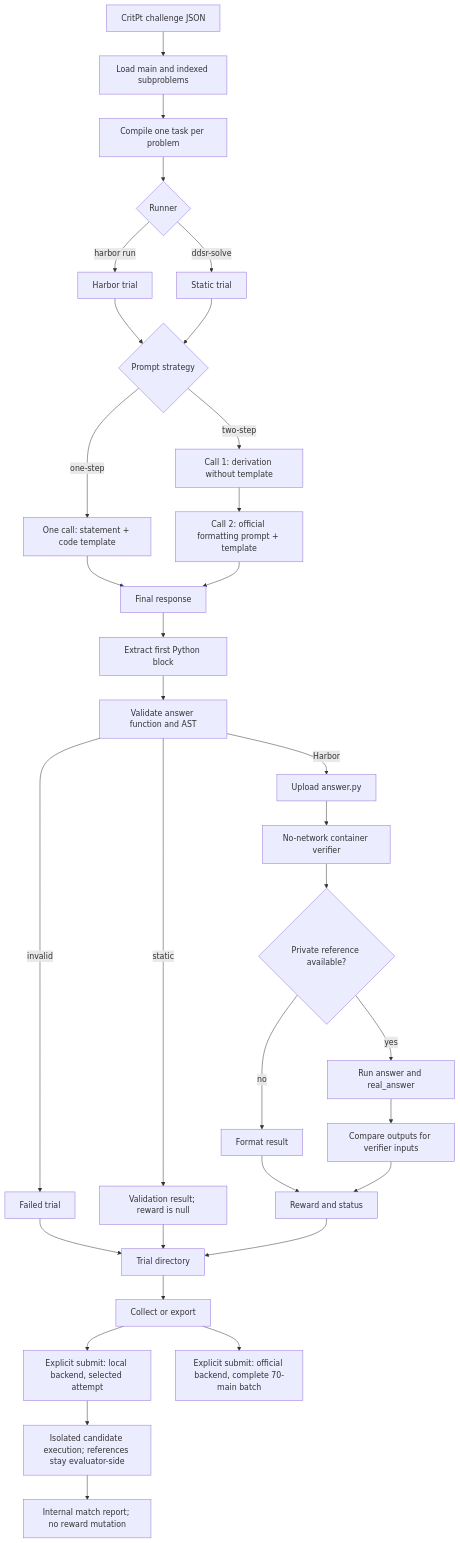
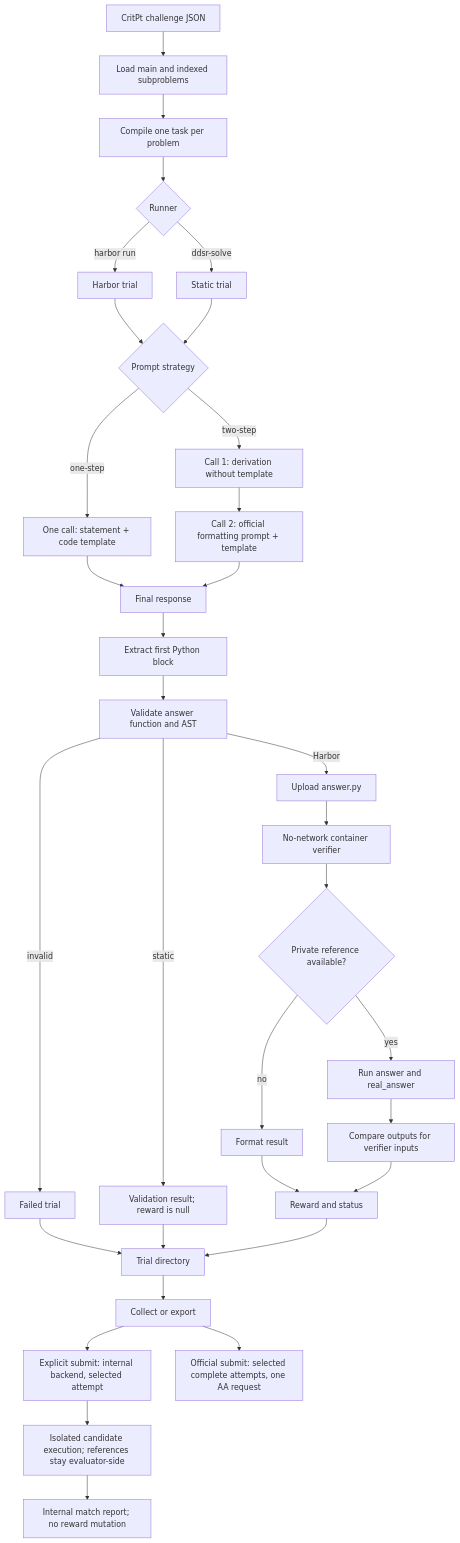
One commit to CATL-21CLab-SCIAGI/ddsr-bench changed the diagram in ddsr_bench/benchmarks/critpt/PIPELINE.md. Above: the diagram before and after it, drawn with Mermaid. The commit also changed other lines of this file and 19 other files, not shown here.

Commit message:
Align CritPt submission backends and combine official attempts

````diff
--- a/ddsr_bench/benchmarks/critpt/PIPELINE.md
+++ b/ddsr_bench/benchmarks/critpt/PIPELINE.md
@@ -7,35 +7,35 @@
 ```mermaid
 flowchart TD
     A["CritPt challenge JSON"] --> B["Load main and indexed subproblems"]
     B --> C["Compile one task per problem"]
     C --> D{"Runner"}
     D -->|"harbor run"| E["Harbor trial"]
     D -->|"ddsr-solve"| F["Static trial"]
     E --> G{"Prompt strategy"}
     F --> G
     G -->|"one-step"| H["One call: statement + code template"]
     G -->|"two-step"| I["Call 1: derivation without template"]
     I --> J["Call 2: official formatting prompt + template"]
     H --> K["Final response"]
     J --> K
     K --> L["Extract first Python block"]
     L --> M["Validate answer function and AST"]
     M -->|"invalid"| N["Failed trial"]
     M -->|"static"| O["Validation result; reward is null"]
     M -->|"Harbor"| P["Upload answer.py"]
     P --> Q["No-network container verifier"]
     Q --> R{"Private reference available?"}
     R -->|"no"| S["Format result"]
     R -->|"yes"| T["Run answer and real_answer"]
     T --> U["Compare outputs for verifier inputs"]
     S --> V["Reward and status"]
     U --> V
     N --> W["Trial directory"]
     O --> W
     V --> W
     W --> X["Collect or export"]
-    X --> Z["Explicit submit: local backend, selected attempt"]
+    X --> Z["Explicit submit: internal backend, selected attempt"]
     Z --> AA["Isolated candidate execution; references stay evaluator-side"]
     AA --> AB["Internal match report; no reward mutation"]
-    X --> Y["Explicit submit: official backend, complete 70-main batch"]
+    X --> Y["Official submit: selected complete attempts, one AA request"]
 ```
````
